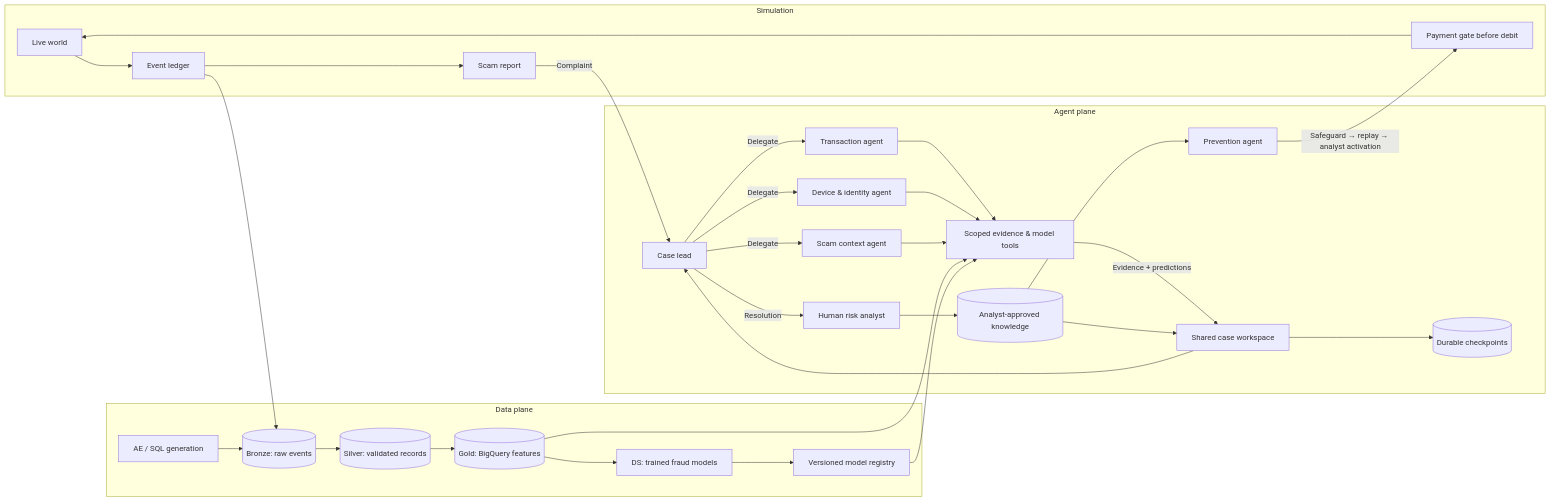
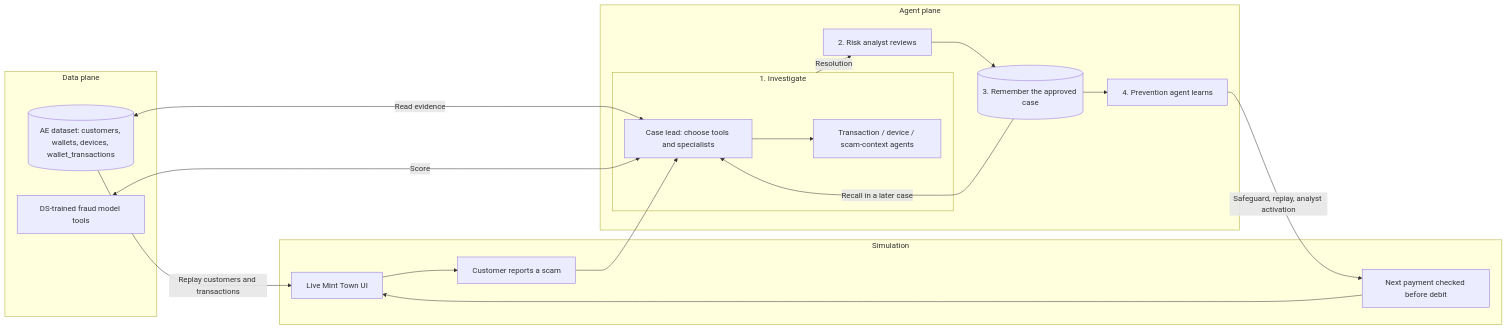
The diagram in docs/figures/mint-town-agent-mesh.mmd (VinceVence/apac-team-rocket), drawn with Mermaid before and after one commit. The commit also changed 10 other files, not shown here.

Commit message:
docs: simplify mesh diagram around AE data and actual world UI

```diff
--- a/docs/figures/mint-town-agent-mesh.mmd
+++ b/docs/figures/mint-town-agent-mesh.mmd
@@ -1,42 +1,30 @@
 flowchart LR
     subgraph simulation ["Simulation"]
-        world["Live world"]
-        ledger["Event ledger"]
-        report["Scam report"]
-        gate["Payment gate before debit"]
-        world --> ledger --> report
+        world["Live Mint Town UI"]
+        report["Customer reports a scam"]
+        gate["Next payment checked before debit"]
+        world --> report
         gate --> world
     end
     subgraph dataPlane ["Data plane"]
-        fixtures["AE / SQL generation"]
-        bronze[("Bronze: raw events")]
-        silver[("Silver: validated records")]
-        gold[("Gold: BigQuery features")]
-        models["DS: trained fraud models"]
-        registry["Versioned model registry"]
-        fixtures --> bronze --> silver --> gold --> models --> registry
+        ae[("AE dataset: customers, wallets, devices, wallet_transactions")]
+        models["DS-trained fraud model tools"]
     end
     subgraph agentPlane ["Agent plane"]
-        lead["Case lead"]
-        transaction["Transaction agent"]
-        device["Device & identity agent"]
-        context["Scam context agent"]
-        tools["Scoped evidence & model tools"]
-        workspace["Shared case workspace"]
-        checkpoint[("Durable checkpoints")]
-        analyst["Human risk analyst"]
-        knowledge[("Analyst-approved knowledge")]
-        prevention["Prevention agent"]
-        lead -->|"Delegate"| transaction & device & context
-        transaction & device & context --> tools
-        tools -->|"Evidence + predictions"| workspace
-        workspace --> checkpoint
-        workspace --> lead
-        lead -->|"Resolution"| analyst
-        analyst --> knowledge
-        knowledge --> workspace & prevention
+        subgraph investigation ["1. Investigate"]
+            lead["Case lead: choose tools and specialists"]
+            specialists["Transaction / device / scam-context agents"]
+            lead --> specialists
+        end
+        analyst["2. Risk analyst reviews"]
+        knowledge[("3. Remember the approved case")]
+        prevention["4. Prevention agent learns"]
+        investigation -->|"Resolution"| analyst
+        analyst --> knowledge --> prevention
+        knowledge -->|"Recall in a later case"| lead
     end
-    ledger --> bronze
-    report -->|"Complaint"| lead
-    gold & registry --> tools
-    prevention -->|"Safeguard → replay → analyst activation"| gate
+    ae -->|"Replay customers and transactions"| world
+    report --> lead
+    ae <-->|"Read evidence"| lead
+    models <-->|"Score"| lead
+    prevention -->|"Safeguard, replay, analyst activation"| gate
```
